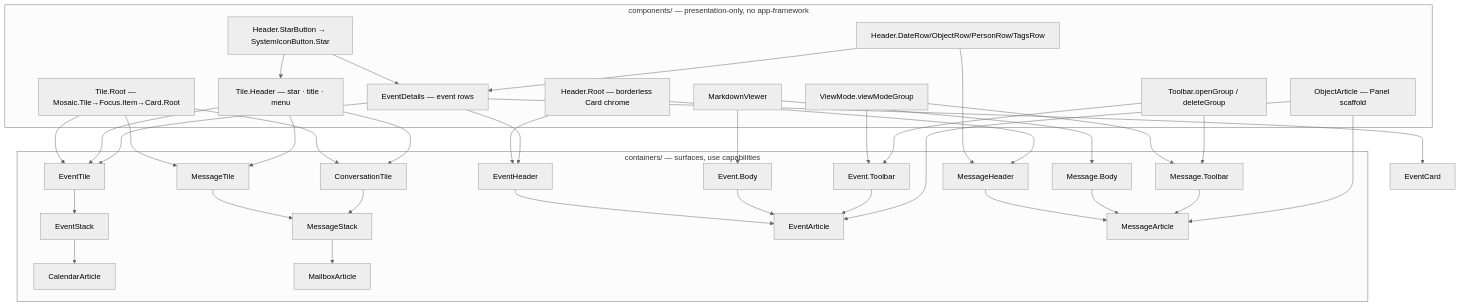
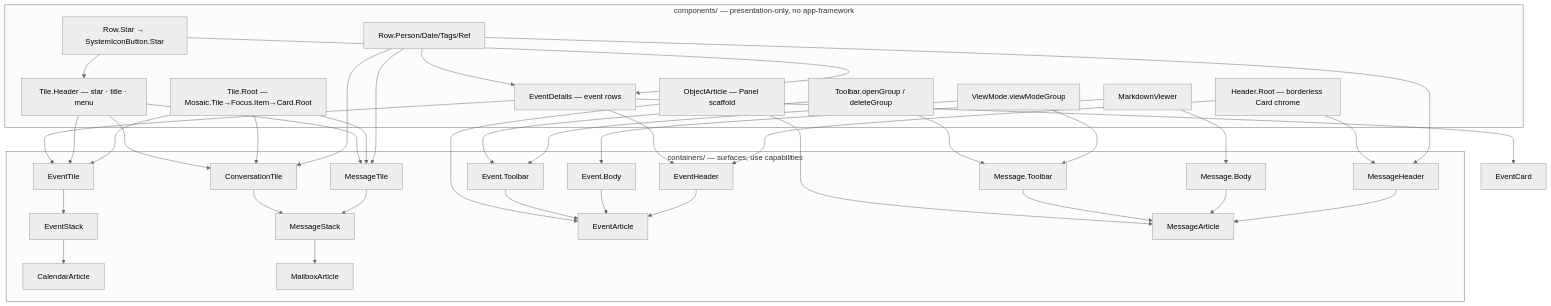
One commit to dxos/dxos changed the diagram in docs/superpowers/specs/2026-06-15-inbox-shared-components-design.md. Above: the diagram before and after it, drawn with Mermaid (neutral theme). The commit also changed other lines of this file, not shown here.

Commit message:
docs(plugin-inbox): extract shared Row.* Card-row primitives in design spec

````diff
--- a/docs/superpowers/specs/2026-06-15-inbox-shared-components-design.md
+++ b/docs/superpowers/specs/2026-06-15-inbox-shared-components-design.md
@@ -55,56 +59,58 @@
 ```mermaid
 graph TD
   subgraph shared[components/ — presentation-only, no app-framework]
-    StarButton[Header.StarButton → SystemIconButton.Star]
-    Rows[Header.DateRow/ObjectRow/PersonRow/TagsRow]
+    RowStar[Row.Star → SystemIconButton.Star]
+    Rows[Row.Person/Date/Tags/Ref]
     HeaderRoot[Header.Root — borderless Card chrome]
     Markdown[MarkdownViewer]
     ViewMode[ViewMode.viewModeGroup]
     ToolbarOps[Toolbar.openGroup / deleteGroup]
     TileRoot[Tile.Root — Mosaic.Tile→Focus.Item→Card.Root]
     TileHeader[Tile.Header — star · title · menu]
     EventDetails[EventDetails — event rows]
     ObjectArticle[ObjectArticle — Panel scaffold]
   end
 
-  StarButton --> TileHeader
-  StarButton --> EventDetails
+  RowStar --> TileHeader
+  RowStar --> EventDetails
   Rows --> EventDetails
+  Rows --> MessageTile
+  Rows --> ConversationTile
   Rows --> MessageHeader
   HeaderRoot --> EventHeader
   HeaderRoot --> MessageHeader
 
   TileRoot --> EventTile
   TileHeader --> EventTile
   EventDetails --> EventTile
   EventDetails --> EventCard
   EventDetails --> EventHeader
 
   TileRoot --> MessageTile
   TileHeader --> MessageTile
   TileRoot --> ConversationTile
   TileHeader --> ConversationTile
 
   Markdown --> EventBody[Event.Body]
   Markdown --> MessageBody[Message.Body]
   ViewMode --> EventToolbar[Event.Toolbar]
   ViewMode --> MessageToolbar[Message.Toolbar]
   ToolbarOps --> EventToolbar
   ToolbarOps --> MessageToolbar
 
   subgraph containers[containers/ — surfaces, use capabilities]
     EventTile --> EventStack
     EventStack --> CalendarArticle
     MessageTile --> MessageStack
     ConversationTile --> MessageStack
     MessageStack --> MailboxArticle
     EventHeader --> EventArticle
     EventBody --> EventArticle
     EventToolbar --> EventArticle
     MessageHeader --> MessageArticle
     MessageBody --> MessageArticle
     MessageToolbar --> MessageArticle
     ObjectArticle --> EventArticle
     ObjectArticle --> MessageArticle
   end
 ```
````
